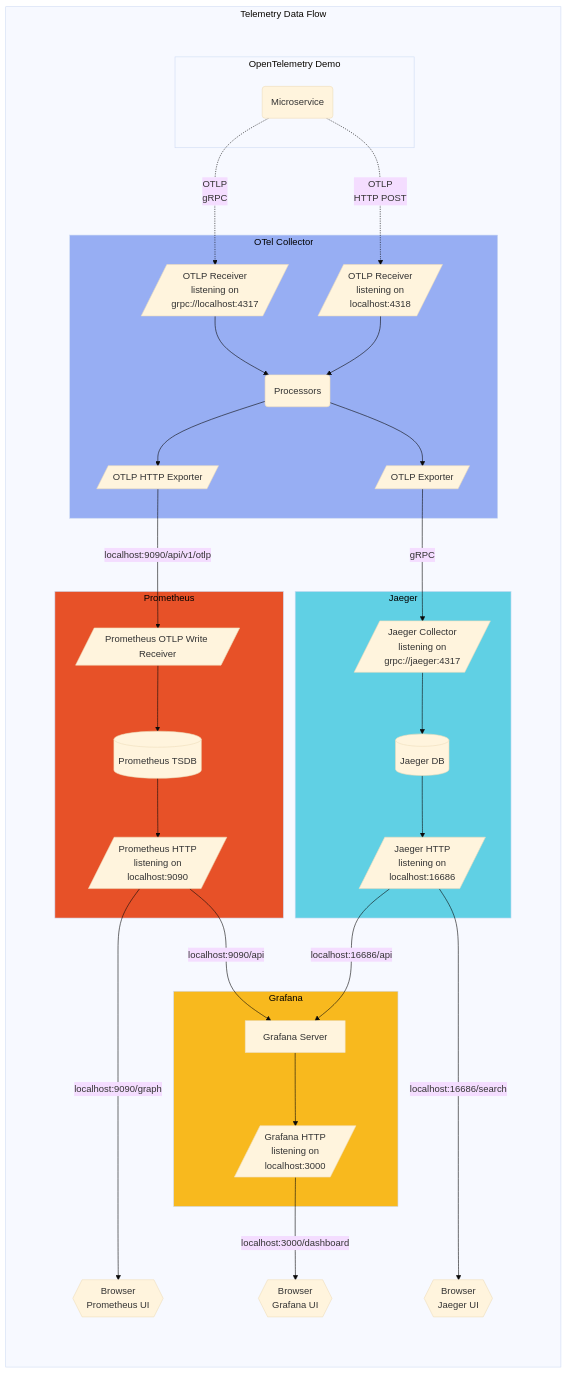
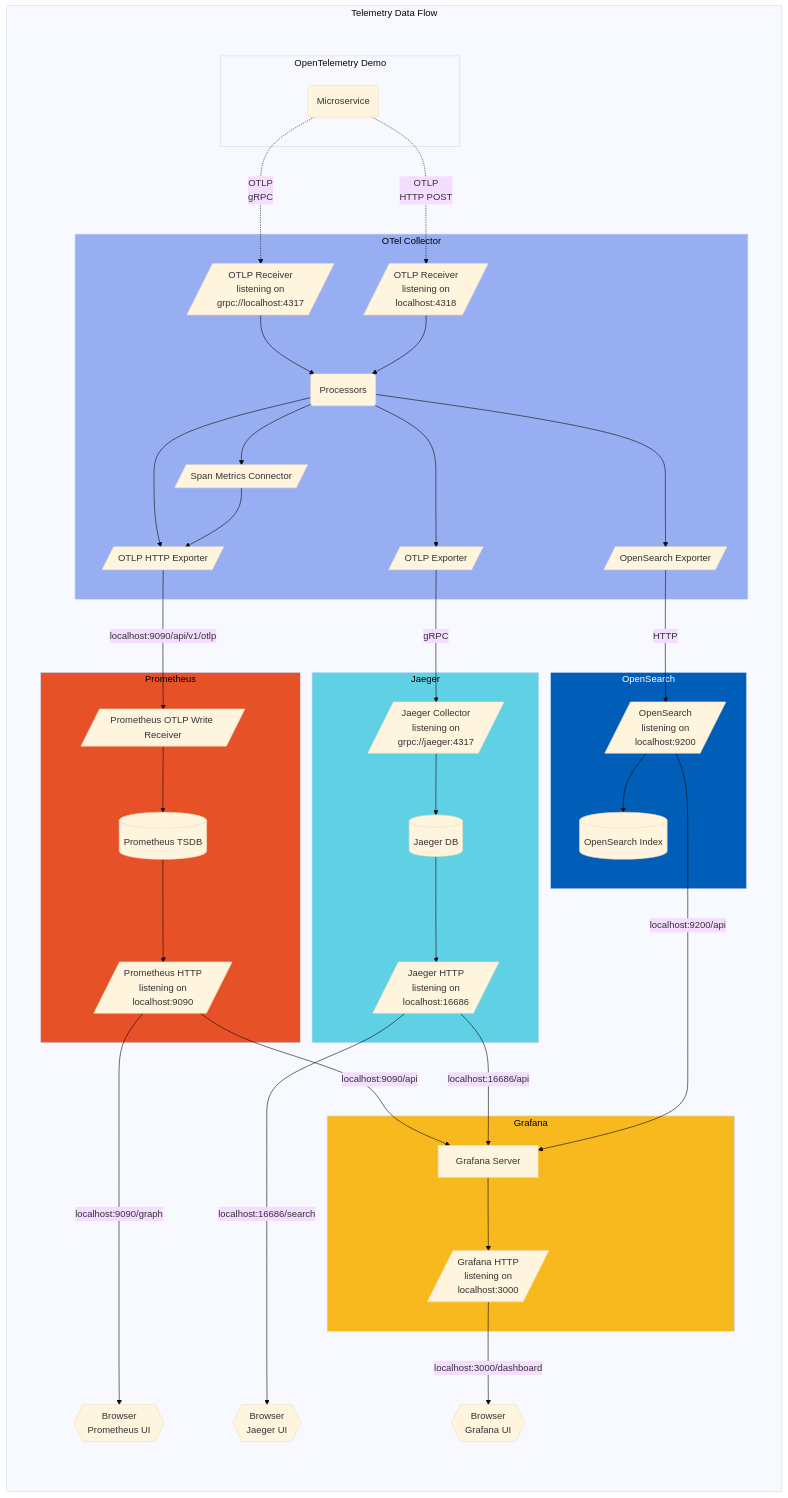
One commit to open-telemetry/opentelemetry.io changed the third of 3 diagrams in content/bn/docs/demo/architecture.md. Above: the diagram before and after it, drawn with Mermaid (base theme). The commit also changed other lines of this file and 3 other files, not shown here.

Commit message:
update otel demo architecture

```diff
--- a/content/bn/docs/demo/architecture.md
+++ b/content/bn/docs/demo/architecture.md
@@ -145,18 +146,24 @@
             oc-grpc[/"OTLP Receiver<br/>listening on<br/>grpc://localhost:4317"/]
             oc-http[/"OTLP Receiver<br/>listening on <br/>localhost:4318<br/>"/]
             oc-proc(Processors)
+            oc-spanmetrics[/"Span Metrics Connector"/]
             oc-prom[/"OTLP HTTP Exporter"/]
             oc-otlp[/"OTLP Exporter"/]
+            oc-opensearch[/"OpenSearch Exporter"/]
 
             oc-grpc --> oc-proc
             oc-http --> oc-proc
 
             oc-proc --> oc-prom
             oc-proc --> oc-otlp
+            oc-proc --> oc-opensearch
+            oc-proc --> oc-spanmetrics
+            oc-spanmetrics --> oc-prom
         end
 
         oc-prom -->|"localhost:9090/api/v1/otlp"| pr-sc
         oc-otlp -->|gRPC| ja-col
+        oc-opensearch -->|HTTP| os-http
 
         subgraph pr[Prometheus]
             style pr fill:#e75128,color:black;
@@ -181,6 +188,14 @@
             ja-db --> ja-http
         end
 
+        subgraph os[OpenSearch]
+            style os fill:#005eb8,color:white;
+            os-http[/"OpenSearch<br/>listening on<br/>localhost:9200"/]
+            os-db[(OpenSearch Index)]
+            
+            os-http --> os-db
+        end
+
         subgraph gr[Grafana]
             style gr fill:#f8b91e,color:black;
             gr-srv["Grafana Server"]
@@ -191,6 +206,7 @@
 
         pr-http --> |"localhost:9090/api"| gr-srv
         ja-http --> |"localhost:16686/api"| gr-srv
+        os-http --> |"localhost:9200/api"| gr-srv
 
         ja-b{{"Browser<br/>Jaeger UI"}}
         ja-http ---->|"localhost:16686/search"| ja-b
```
